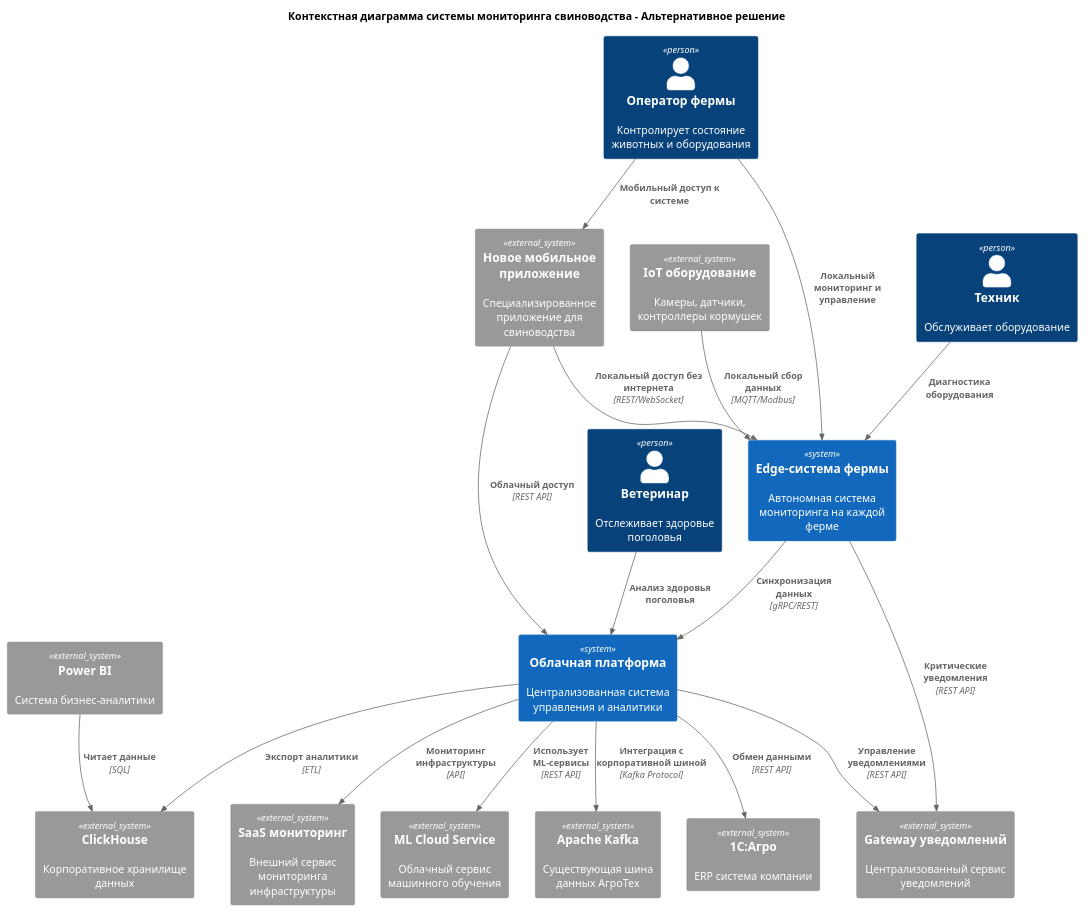
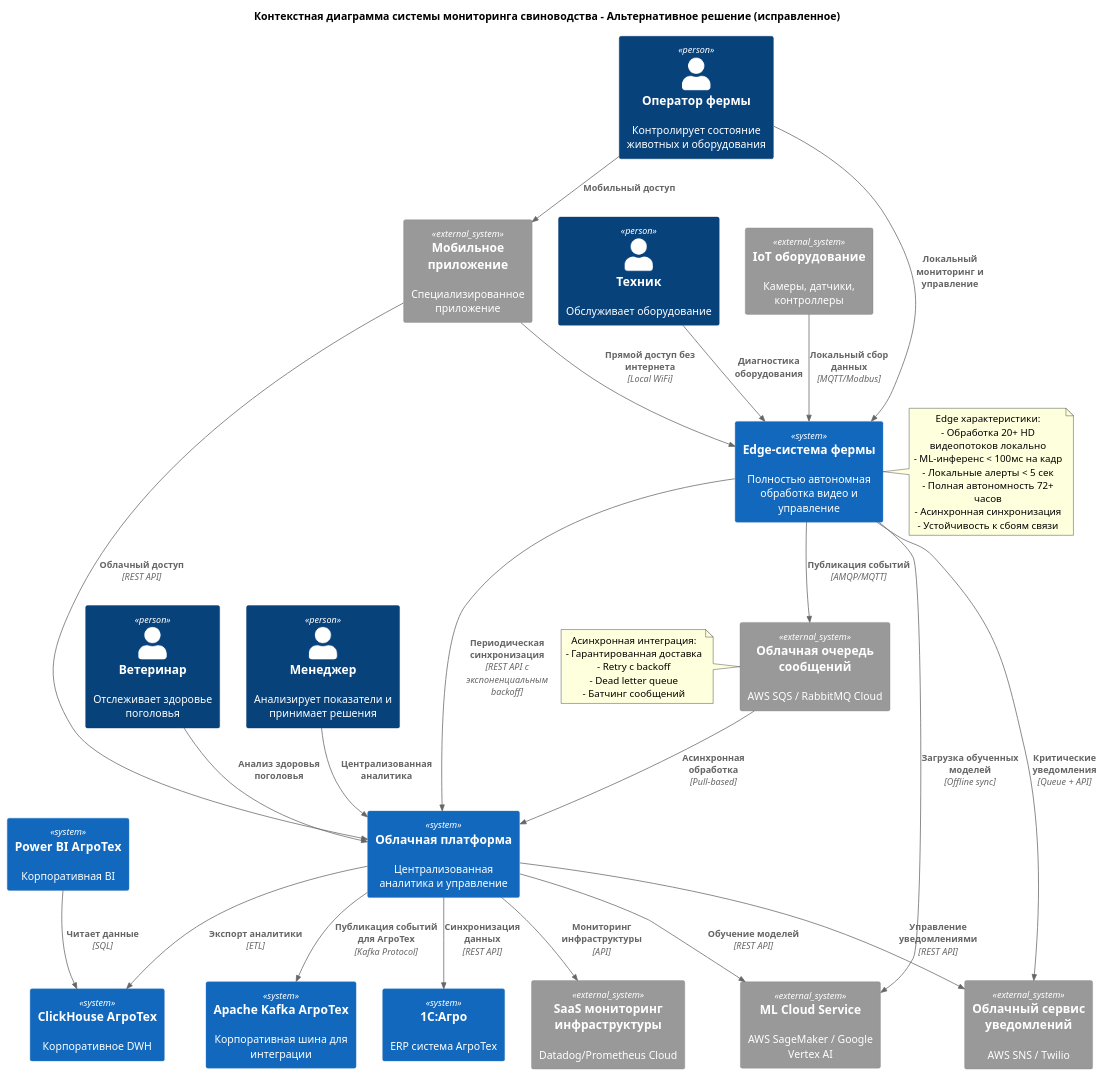
The diagram in Task1/C1_Alternative.puml (larichevns/MSA-AgroTech), drawn with PlantUML before and after one commit. The commit also changed 2 other files, not shown here.

```diff
--- a/Task1/C1_Alternative.puml
+++ b/Task1/C1_Alternative.puml
@@ -1,42 +1,76 @@
 @startuml C1_Альтернативное_Решение_Свиноводство
 
 !include ../C4_Context.puml
 
-title Контекстная диаграмма системы мониторинга свиноводства - Альтернативное решение
+title Контекстная диаграмма системы мониторинга свиноводства - Альтернативное решение (исправленное)
 
 Person(operator, "Оператор фермы", "Контролирует состояние животных и оборудования")
+Person(manager, "Менеджер", "Анализирует показатели и принимает решения")
 Person(vet, "Ветеринар", "Отслеживает здоровье поголовья")
 Person(technician, "Техник", "Обслуживает оборудование")
 
-System(pig_edge, "Edge-система фермы", "Автономная система мониторинга на каждой ферме")
-System(pig_cloud, "Облачная платформа", "Централизованная система управления и аналитики")
+System(pig_edge, "Edge-система фермы", "Полностью автономная обработка видео и управление")
+System(pig_cloud, "Облачная платформа", "Централизованная аналитика и управление")
 
-System_Ext(existing_kafka, "Apache Kafka", "Существующая шина данных АгроТех")
-System_Ext(existing_erp, "1С:Агро", "ERP система компании")
-System_Ext(existing_dwh, "ClickHouse", "Корпоративное хранилище данных")
-System_Ext(existing_bi, "Power BI", "Система бизнес-аналитики")
-System_Ext(saas_monitoring, "SaaS мониторинг", "Внешний сервис мониторинга инфраструктуры")
-System_Ext(ml_cloud, "ML Cloud Service", "Облачный сервис машинного обучения")
-System_Ext(iot_devices, "IoT оборудование", "Камеры, датчики, контроллеры кормушек")
-System_Ext(mobile_app_new, "Новое мобильное приложение", "Специализированное приложение для свиноводства")
-System_Ext(notification_gateway, "Gateway уведомлений", "Централизованный сервис уведомлений")
+' Внутренние системы АгроТех для интеграции
+System(existing_kafka, "Apache Kafka АгроТех", "Корпоративная шина для интеграции")
+System(existing_erp, "1С:Агро", "ERP система АгроТех")
+System(existing_dwh, "ClickHouse АгроТех", "Корпоративное DWH")
+System(existing_bi, "Power BI АгроТех", "Корпоративная BI")
 
+' Внешние системы
+System_Ext(saas_monitoring, "SaaS мониторинг инфраструктуры", "Datadog/Prometheus Cloud")
+System_Ext(ml_cloud, "ML Cloud Service", "AWS SageMaker / Google Vertex AI")
+System_Ext(iot_devices, "IoT оборудование", "Камеры, датчики, контроллеры")
+System_Ext(mobile_app_new, "Мобильное приложение", "Специализированное приложение")
+System_Ext(notification_gateway, "Облачный сервис уведомлений", "AWS SNS / Twilio")
+System_Ext(message_queue, "Облачная очередь сообщений", "AWS SQS / RabbitMQ Cloud")
+
+' Взаимодействия пользователей
 Rel(operator, pig_edge, "Локальный мониторинг и управление")
-Rel(operator, mobile_app_new, "Мобильный доступ к системе")
+Rel(operator, mobile_app_new, "Мобильный доступ")
+Rel(manager, pig_cloud, "Централизованная аналитика")
 Rel(vet, pig_cloud, "Анализ здоровья поголовья")
 Rel(technician, pig_edge, "Диагностика оборудования")
 
-Rel(pig_edge, pig_cloud, "Синхронизация данных", "gRPC/REST")
-Rel(pig_cloud, existing_kafka, "Интеграция с корпоративной шиной", "Kafka Protocol")
-Rel(pig_cloud, existing_erp, "Обмен данными", "REST API")
+' Асинхронные взаимодействия Edge-Cloud
+Rel(pig_edge, message_queue, "Публикация событий", "AMQP/MQTT")
+Rel(message_queue, pig_cloud, "Асинхронная обработка", "Pull-based")
+Rel(pig_edge, pig_cloud, "Периодическая синхронизация", "REST API с экспоненциальным backoff")
+
+' Интеграция с корпоративными системами
+Rel(pig_cloud, existing_kafka, "Публикация событий для АгроТех", "Kafka Protocol")
+Rel(pig_cloud, existing_erp, "Синхронизация данных", "REST API")
 Rel(pig_cloud, existing_dwh, "Экспорт аналитики", "ETL")
 Rel(existing_bi, existing_dwh, "Читает данные", "SQL")
+
+' Внешние интеграции
 Rel(pig_cloud, saas_monitoring, "Мониторинг инфраструктуры", "API")
-Rel(pig_cloud, ml_cloud, "Использует ML-сервисы", "REST API")
+Rel(pig_cloud, ml_cloud, "Обучение моделей", "REST API")
+Rel(pig_edge, ml_cloud, "Загрузка обученных моделей", "Offline sync")
 Rel(iot_devices, pig_edge, "Локальный сбор данных", "MQTT/Modbus")
-Rel(mobile_app_new, pig_edge, "Локальный доступ без интернета", "REST/WebSocket")
+Rel(mobile_app_new, pig_edge, "Прямой доступ без интернета", "Local WiFi")
 Rel(mobile_app_new, pig_cloud, "Облачный доступ", "REST API")
+Rel(pig_edge, notification_gateway, "Критические уведомления", "Queue + API")
 Rel(pig_cloud, notification_gateway, "Управление уведомлениями", "REST API")
-Rel(pig_edge, notification_gateway, "Критические уведомления", "REST API")
+
+' Примечание о характеристиках
+note right of pig_edge
+  Edge характеристики:
+  - Обработка 20+ HD видеопотоков локально
+  - ML-инференс < 100мс на кадр
+  - Локальные алерты < 5 сек
+  - Полная автономность 72+ часов
+  - Асинхронная синхронизация
+  - Устойчивость к сбоям связи
+end note
+
+note left of message_queue
+  Асинхронная интеграция:
+  - Гарантированная доставка
+  - Retry с backoff
+  - Dead letter queue
+  - Батчинг сообщений
+end note
 
 @enduml
```
